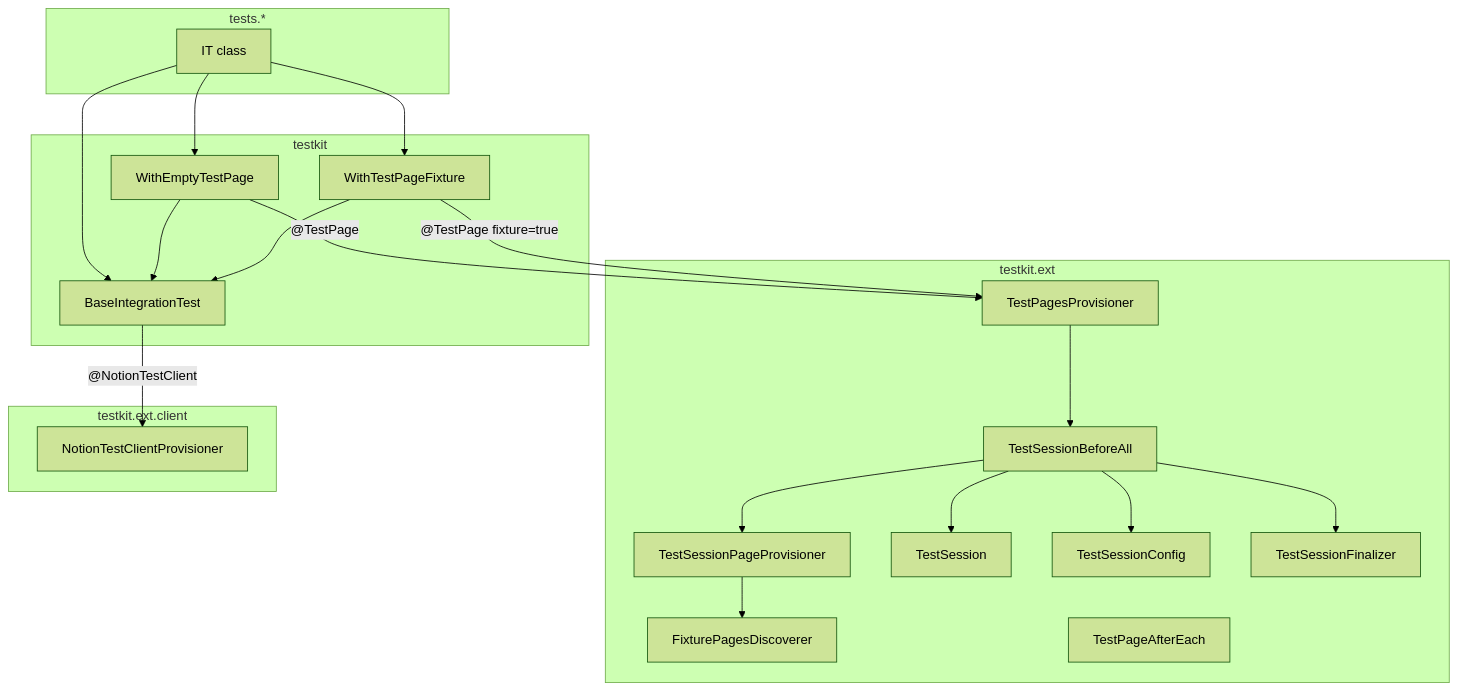
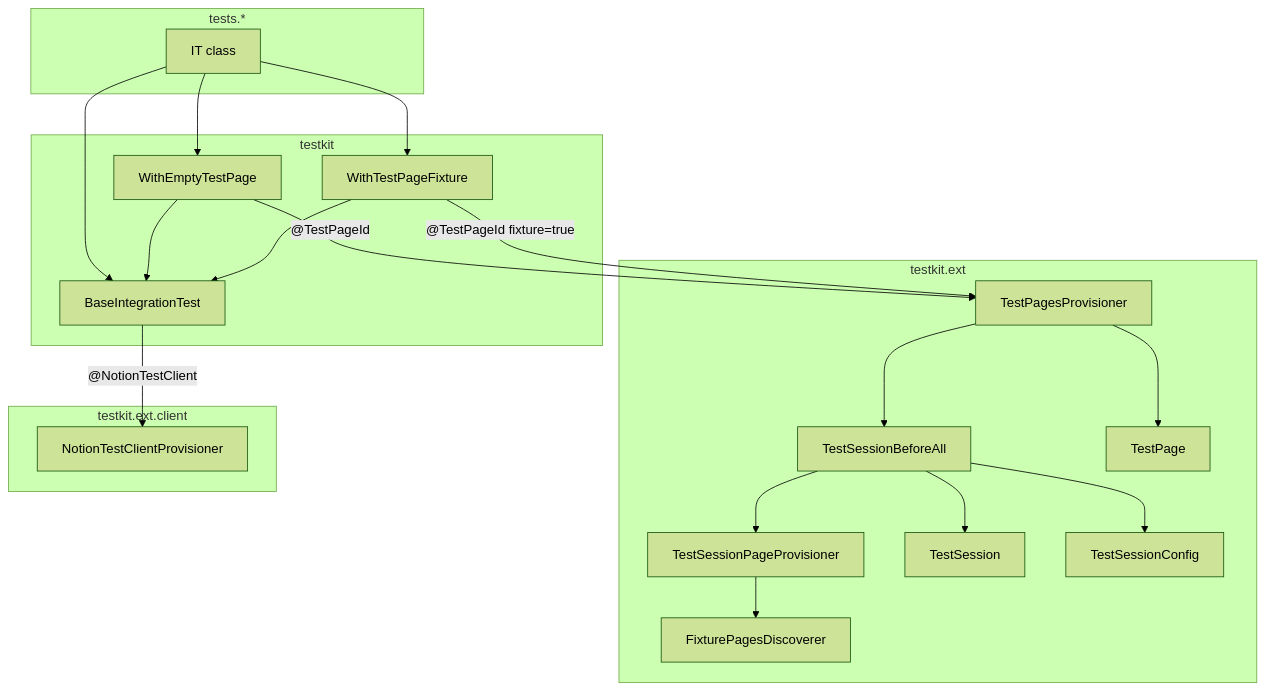
Before and after one commit to kristaxlab/notion-sdk: the first of 4 diagrams in docs/internals/testkit.md, drawn with Mermaid (forest theme). The commit also changed other lines of this file and 7 other files, not shown here.

````diff
--- a/docs/internals/testkit.md
+++ b/docs/internals/testkit.md
@@ -38,42 +38,41 @@
 ```mermaid
 flowchart TB
   subgraph tests["tests.*"]
     T["IT class"]
   end
 
   subgraph bases["testkit"]
     B["BaseIntegrationTest"]
     E["WithEmptyTestPage"]
     F["WithTestPageFixture"]
   end
 
   subgraph ext["testkit.ext"]
     SBA["TestSessionBeforeAll"]
     SPP["TestSessionPageProvisioner"]
     FD["FixturePagesDiscoverer"]
     TS["TestSession"]
     CFG["TestSessionConfig"]
-    FIN["TestSessionFinalizer"]
     TPP["TestPagesProvisioner"]
-    TPA["TestPageAfterEach"]
+    TPAGE["TestPage"]
   end
 
   subgraph client["testkit.ext.client"]
     NCP["NotionTestClientProvisioner"]
   end
 
   T --> B
   T --> E
   T --> F
   E --> B
   F --> B
   B -->|"@NotionTestClient"| NCP
-  E -->|"@TestPage"| TPP
-  F -->|"@TestPage fixture=true"| TPP
+  E -->|"@TestPageId"| TPP
+  F -->|"@TestPageId fixture=true"| TPP
   TPP --> SBA
+  TPP --> TPAGE
   SBA --> SPP
   SPP --> FD
   SBA --> TS
   SBA --> CFG
-  SBA --> FIN
 ```
````
